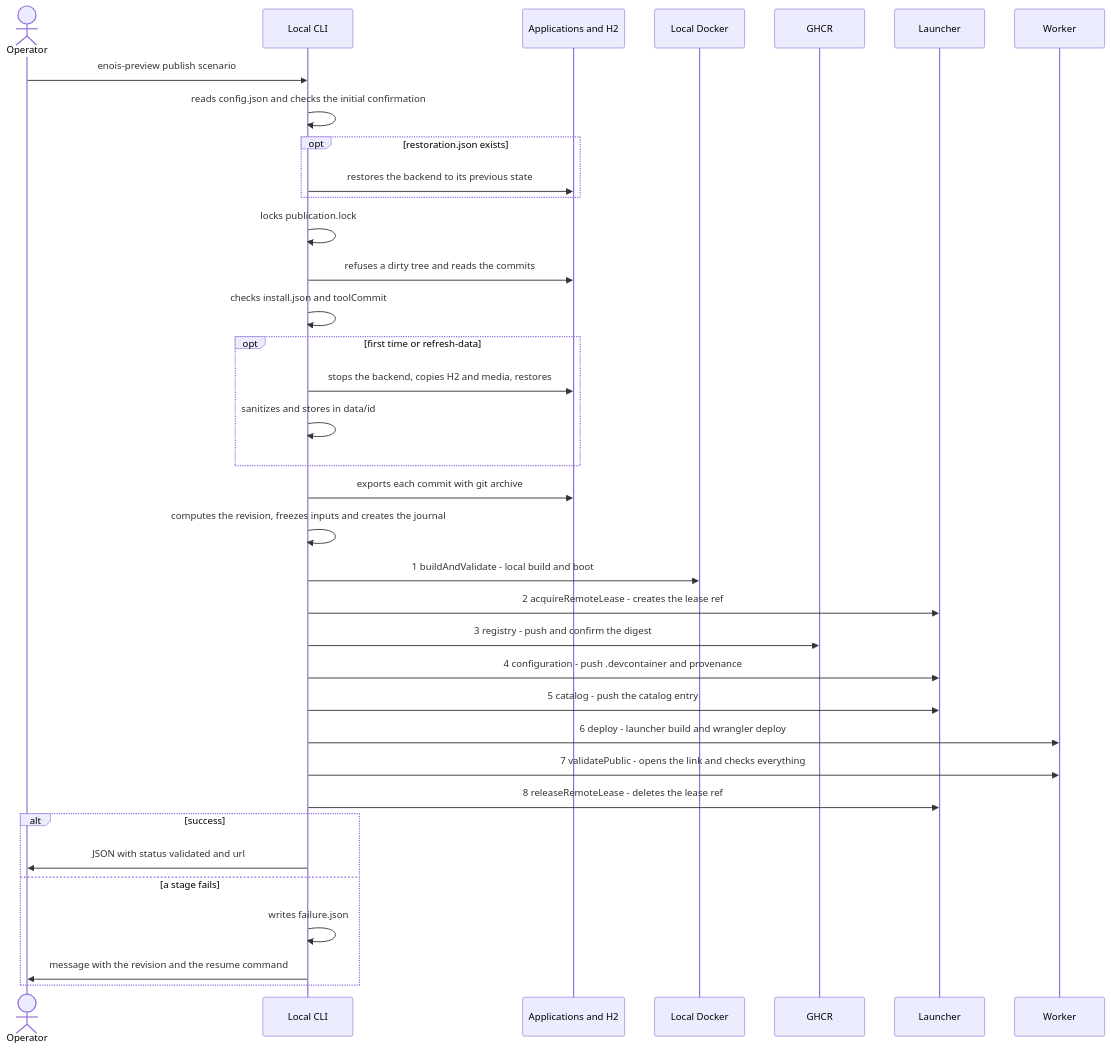
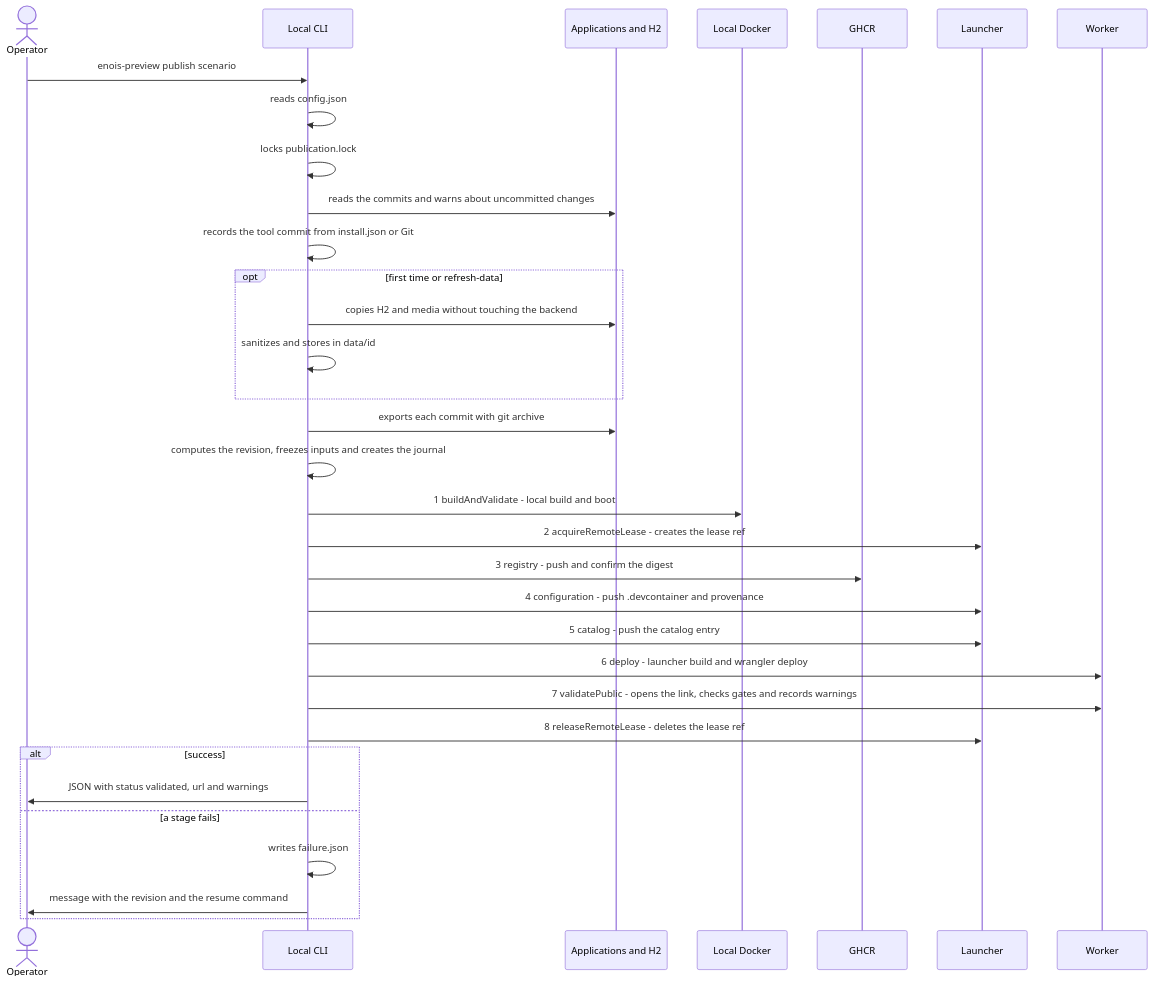
One commit to renanfranca/enois-preview changed the second of 3 diagrams in docs/en/FLOW.md. Above: the diagram before and after it, drawn with Mermaid. The commit also changed other lines of this file and 73 other files, not shown here.

````diff
--- a/docs/en/FLOW.md
+++ b/docs/en/FLOW.md
@@ -48,39 +48,36 @@
 ```mermaid
 sequenceDiagram
   actor Op as Operator
   participant CLI as Local CLI
   participant Apps as Applications and H2
   participant Docker as Local Docker
   participant GHCR as GHCR
   participant L as Launcher
   participant W as Worker
 
   Op->>CLI: enois-preview publish scenario
-  CLI->>CLI: reads config.json and checks the initial confirmation
-  opt restoration.json exists
-    CLI->>Apps: restores the backend to its previous state
-  end
+  CLI->>CLI: reads config.json
   CLI->>CLI: locks publication.lock
-  CLI->>Apps: refuses a dirty tree and reads the commits
-  CLI->>CLI: checks install.json and toolCommit
+  CLI->>Apps: reads the commits and warns about uncommitted changes
+  CLI->>CLI: records the tool commit from install.json or Git
   opt first time or refresh-data
-    CLI->>Apps: stops the backend, copies H2 and media, restores
+    CLI->>Apps: copies H2 and media without touching the backend
     CLI->>CLI: sanitizes and stores in data/id
   end
   CLI->>Apps: exports each commit with git archive
   CLI->>CLI: computes the revision, freezes inputs and creates the journal
   CLI->>Docker: 1 buildAndValidate - local build and boot
   CLI->>L: 2 acquireRemoteLease - creates the lease ref
   CLI->>GHCR: 3 registry - push and confirm the digest
   CLI->>L: 4 configuration - push .devcontainer and provenance
   CLI->>L: 5 catalog - push the catalog entry
   CLI->>W: 6 deploy - launcher build and wrangler deploy
-  CLI->>W: 7 validatePublic - opens the link and checks everything
+  CLI->>W: 7 validatePublic - opens the link, checks gates and records warnings
   CLI->>L: 8 releaseRemoteLease - deletes the lease ref
   alt success
-    CLI->>Op: JSON with status validated and url
+    CLI->>Op: JSON with status validated, url and warnings
   else a stage fails
     CLI->>CLI: writes failure.json
     CLI->>Op: message with the revision and the resume command
   end
 ```
````
